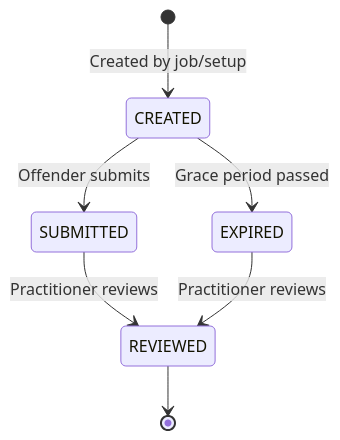
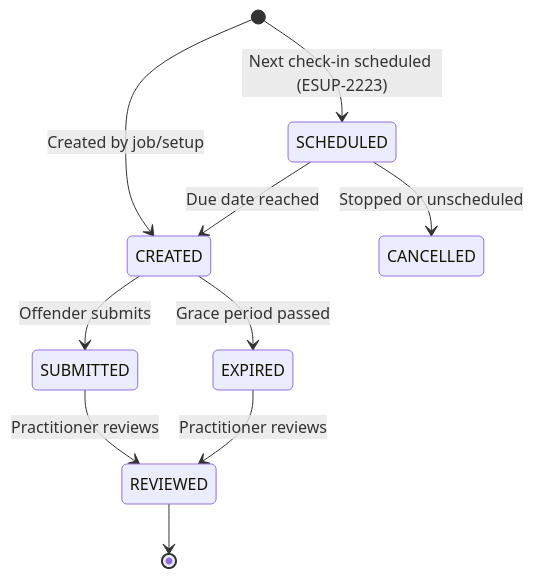
The third of 3 diagrams in docs/v2/DATA_MODEL.md (ministryofjustice/hmpps-esupervision-api), drawn with Mermaid before and after one commit. The commit also changed other lines of this file and 7 other files, not shown here.

First line of the commit message:
ESUP-2223: add SCHEDULED check-in status and link status columns

````diff
--- a/docs/v2/DATA_MODEL.md
+++ b/docs/v2/DATA_MODEL.md
@@ -215,9 +217,12 @@
 ```mermaid
 stateDiagram-v2
+    [*] --> SCHEDULED: Next check-in scheduled (ESUP-2223)
     [*] --> CREATED: Created by job/setup
+    SCHEDULED --> CREATED: Due date reached
+    SCHEDULED --> CANCELLED: Stopped or unscheduled
     CREATED --> SUBMITTED: Offender submits
     CREATED --> EXPIRED: Grace period passed
     SUBMITTED --> REVIEWED: Practitioner reviews
     EXPIRED --> REVIEWED: Practitioner reviews
     REVIEWED --> [*]
 ```
````
